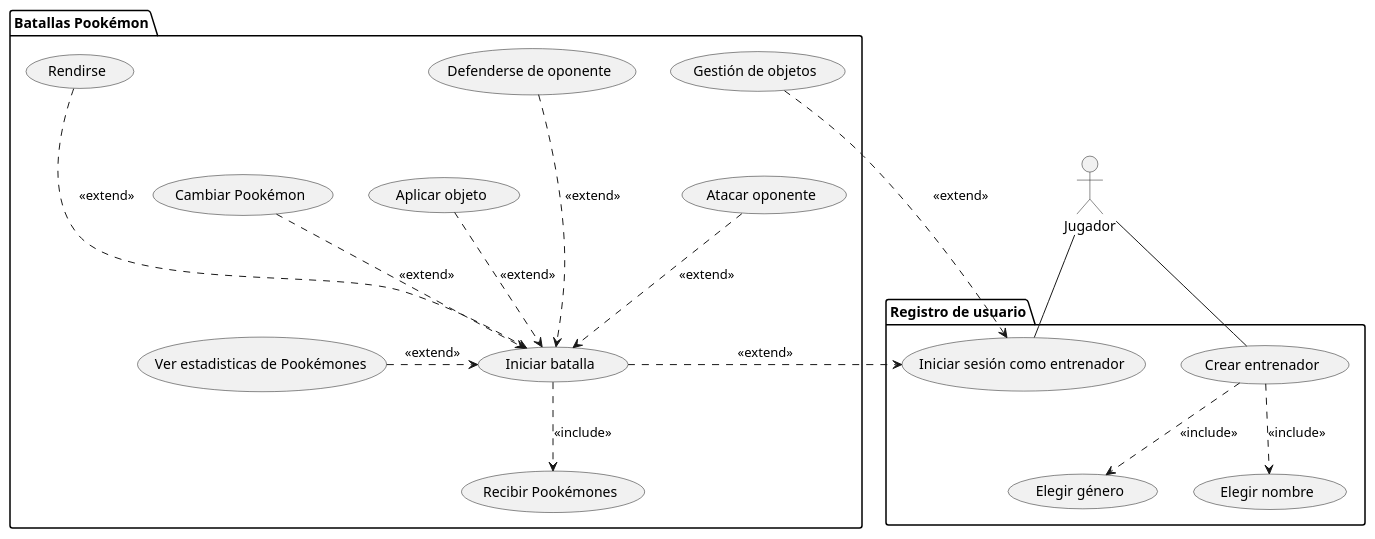
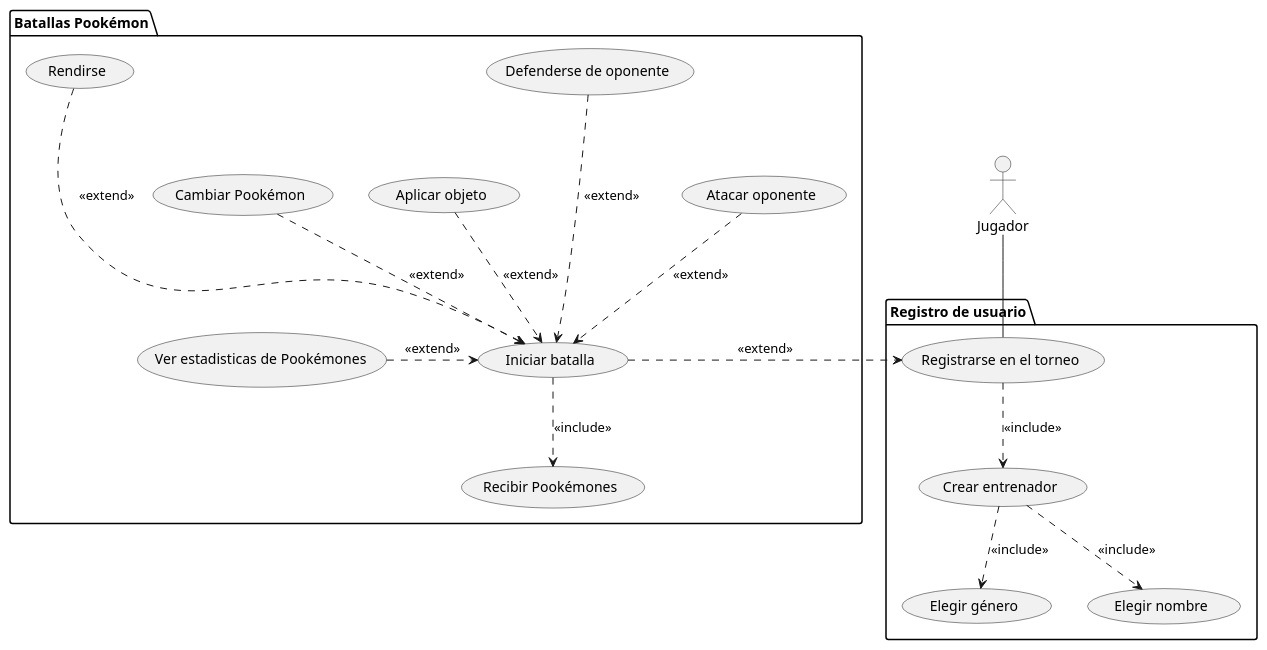
One commit to Edmh1/Poo-Kemon-proyecto changed the diagram in 5 uml casos de uso.plantuml. Above: the diagram before and after it, drawn with PlantUML. The commit also changed 1 other file, not shown here.

Commit message:
Cambios en los diagramas

```diff
--- a/5 uml casos de uso.plantuml
+++ b/5 uml casos de uso.plantuml
@@ -1,47 +1,45 @@
 @startuml caso de uso nivel 0
 
 actor Jugador
 
 package "Registro de usuario" {
     
     usecase "Crear entrenador" as creEnt
     usecase "Elegir género" as eleGen
     usecase "Elegir nombre" as eleNom
 
-    usecase "Iniciar sesión como entrenador" as iniSes
-    Jugador -- iniSes
+    usecase "Registrarse en el torneo" as resTor
+    Jugador -- resTor
 
-    Jugador -- creEnt
     creEnt ..> eleGen: <<include>>
     creEnt ..> eleNom: <<include>>
     
 }
 
 package "Batallas Pookémon" {
     
     usecase "Iniciar batalla" as iniBat
     usecase "Recibir Pookémones" as recPoo
     
-    usecase "Gestión de objetos" as gesObj
 
     usecase "Ver estadisticas de Pookémones" as verEst
     usecase "Atacar oponente" as ataOpo
     usecase "Defenderse de oponente" as defOpo
     usecase "Aplicar objeto" as aplObj
     usecase "Cambiar Pookémon" as camPoo
     usecase "Rendirse" as ren
 
-    iniBat .> iniSes: <<extend>>
-    gesObj ..> iniSes: <<extend>>
+    iniBat .> resTor: <<extend>>
+    resTor ..> creEnt: <<include>>
     
     verEst .> iniBat: <<extend>>
     ataOpo ..> iniBat: <<extend>>
     defOpo ...> iniBat: <<extend>>
     aplObj ..> iniBat: <<extend>>
     camPoo ..> iniBat: <<extend>>
     ren ...> iniBat: <<extend>>
 
     iniBat ..> recPoo: <<include>>
     
 }
 @enduml
```
